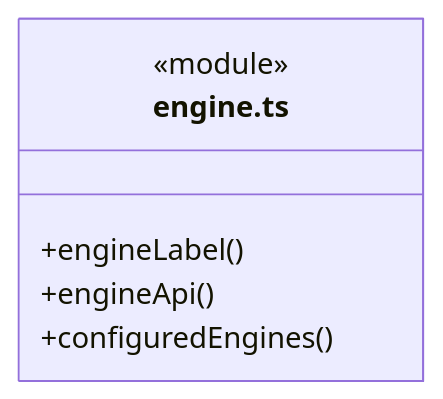
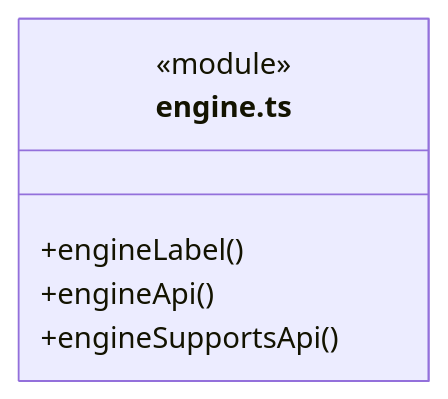
Before and after one commit to nan023062/cbim: the fourth of 11 diagrams in src/backend/core/brain/llm/ARCHITECTURE.md, drawn with Mermaid. The commit also changed other lines of this file and 81 other files, not shown here.

````diff
--- a/src/backend/core/brain/llm/ARCHITECTURE.md
+++ b/src/backend/core/brain/llm/ARCHITECTURE.md
@@ -88,9 +88,9 @@
 ```mermaid
 classDiagram
 class N_src_backend_core_brain_llm_engine_ts["engine.ts"] {
   <<module>>
   +engineLabel()
   +engineApi()
-  +configuredEngines()
+  +engineSupportsApi()
 }
 ```
````
